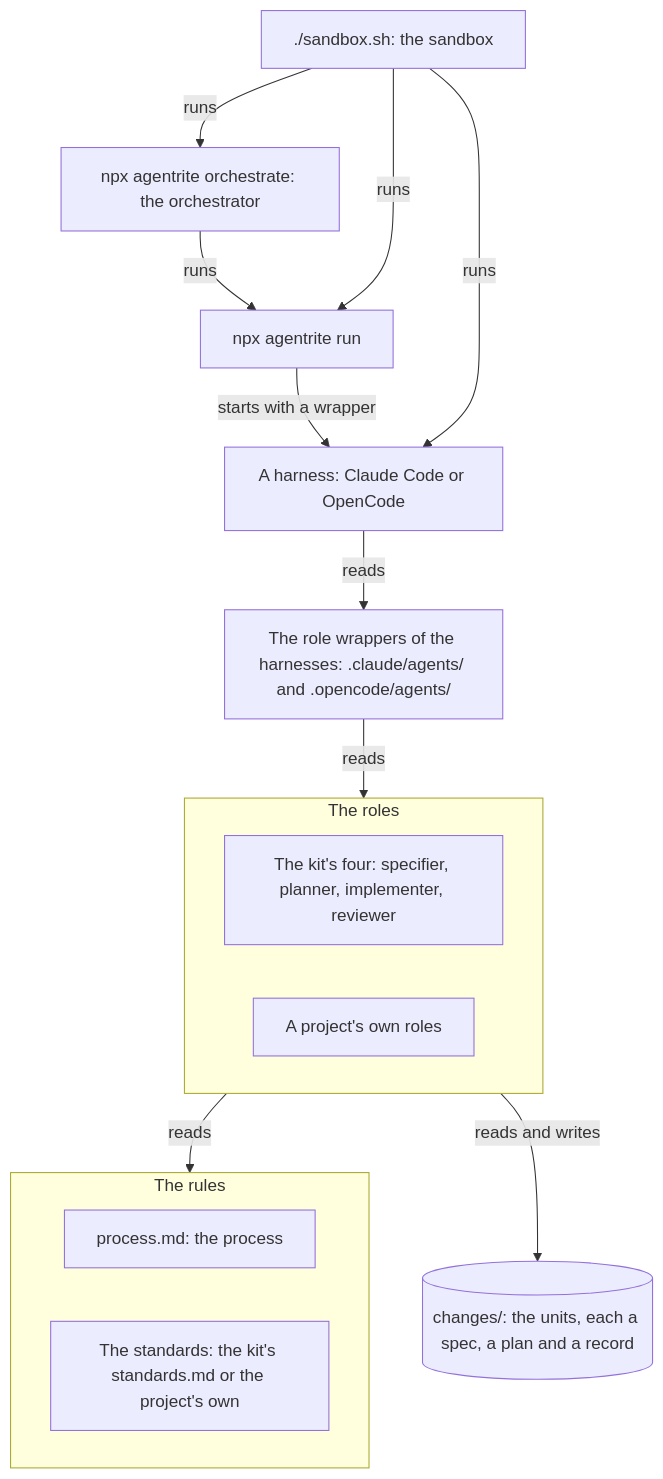
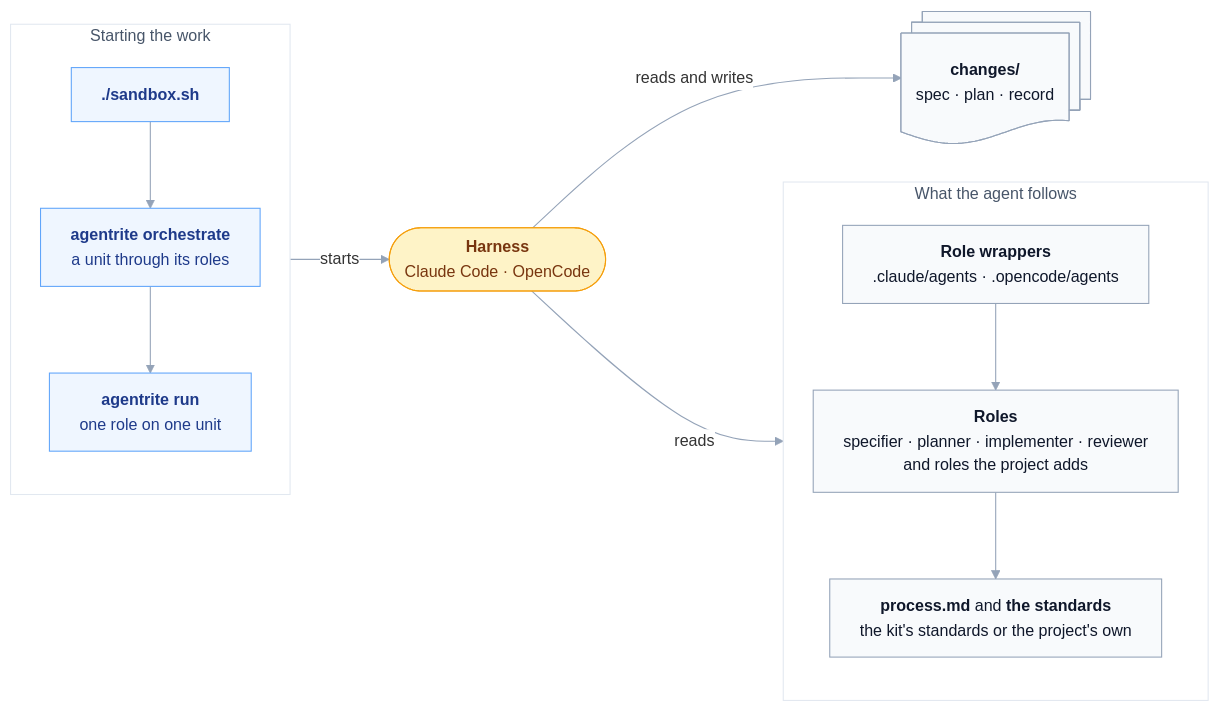
One commit to norareit/agentrite changed the diagram in diagrams/components.mmd. Above: the diagram before and after it, drawn with Mermaid. The commit also changed 6 other files, not shown here.

Commit message:
feature-0094 Restyle the diagrams

```diff
--- a/diagrams/components.mmd
+++ b/diagrams/components.mmd
@@ -1,25 +1,46 @@
-flowchart TB
-  subgraph rules["The rules"]
-    process["process.md: the process"]
-    standards["The standards: the kit's standards.md or the project's own"]
+---
+config:
+  theme: base
+  themeVariables:
+    fontFamily: Arial, Helvetica, sans-serif
+    fontSize: 15px
+    lineColor: "#94a3b8"
+    clusterBkg: "#ffffff"
+    clusterBorder: "#e2e8f0"
+    edgeLabelBackground: "#ffffff"
+    titleColor: "#475569"
+  flowchart:
+    curve: basis
+    nodeSpacing: 36
+    rankSpacing: 56
+    padding: 14
+    wrappingWidth: 320
+---
+flowchart LR
+  subgraph starting["Starting the work"]
+    direction TB
+    sandbox["<b>./sandbox.sh</b>"]
+    orchestrate["<b>agentrite orchestrate</b><br/>a unit through its roles"]
+    run["<b>agentrite run</b><br/>one role on one unit"]
+    sandbox --> orchestrate --> run
   end
-  subgraph roles["The roles"]
-    kitRoles["The kit's four: specifier, planner, implementer, reviewer"]
-    ownRoles["A project's own roles"]
+  harness(["<b>Harness</b><br/>Claude Code · OpenCode"])
+  subgraph instructions["What the agent follows"]
+    direction TB
+    wrappers["<b>Role wrappers</b><br/>.claude/agents · .opencode/agents"]
+    roles["<b>Roles</b><br/>specifier · planner · implementer · reviewer<br/>and roles the project adds"]
+    rules["<b>process.md</b> and <b>the standards</b><br/>the kit's standards or the project's own"]
+    wrappers --> roles --> rules
   end
-  units[("changes/: the units, each a spec, a plan and a record")]
-  wrappers["The role wrappers of the harnesses: .claude/agents/ and .opencode/agents/"]
-  harness["A harness: Claude Code or OpenCode"]
-  run["npx agentrite run"]
-  orchestrator["npx agentrite orchestrate: the orchestrator"]
-  sandbox["./sandbox.sh: the sandbox"]
+  units@{ shape: docs, label: "<b>changes/</b><br/>spec · plan · record" }
 
-  roles -->|reads| rules
-  roles -->|reads and writes| units
-  wrappers -->|reads| roles
+  run -->|starts| harness
   harness -->|reads| wrappers
-  run -->|starts with a wrapper| harness
-  orchestrator -->|runs| run
-  sandbox -->|runs| harness
-  sandbox -->|runs| run
-  sandbox -->|runs| orchestrator
+  harness -->|reads and writes| units
+
+  classDef start fill:#eff6ff,stroke:#60a5fa,color:#1e3a8a
+  classDef agent fill:#fef3c7,stroke:#f59e0b,color:#78350f
+  classDef text fill:#f8fafc,stroke:#94a3b8,color:#0f172a
+  class sandbox,orchestrate,run start
+  class harness agent
+  class wrappers,roles,rules,units text
```
